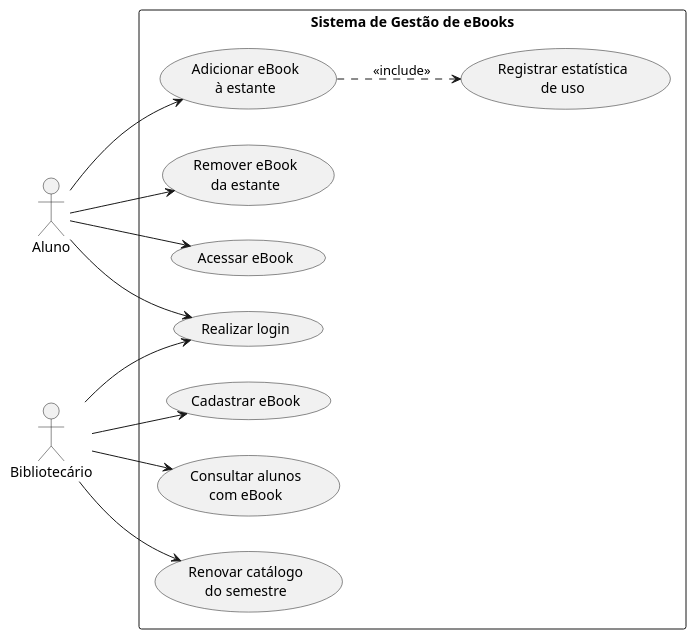
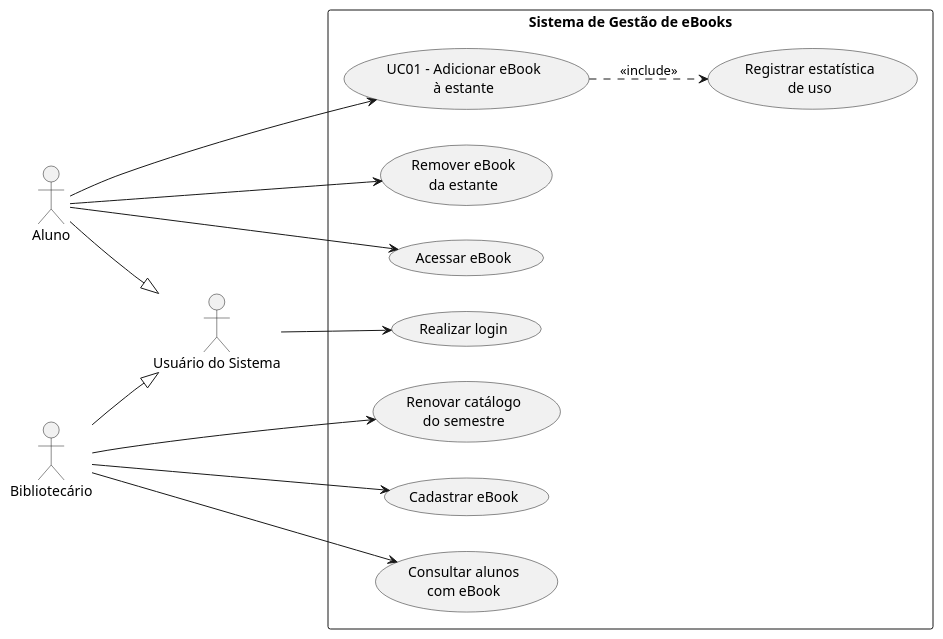
One commit to fillmello/lab01-ebooks-biblioteca changed the diagram in docs/diagramas/casos-de-uso.puml. Above: the diagram before and after it, drawn with PlantUML. The commit also changed 3 other files, not shown here.

Commit message:
docs: adiciona ator Usuario do Sistema e criterios de aceitacao

```diff
--- a/docs/diagramas/casos-de-uso.puml
+++ b/docs/diagramas/casos-de-uso.puml
@@ -1,33 +1,39 @@
 @startuml Sistema de Gestão de eBooks
 left to right direction
 
+actor "Usuário do Sistema" as usuario
 actor "Aluno" as aluno
 actor "Bibliotecário" as bib
 
+' --- Aluno e Bibliotecário são especializações de Usuário do Sistema ---
+aluno --|> usuario
+bib --|> usuario
+
 rectangle "Sistema de Gestão de eBooks" {
-  usecase "Adicionar eBook\nà estante"        as UC_adicionar
+  usecase "UC01 - Adicionar eBook\nà estante"        as UC_adicionar
   usecase "Registrar estatística\nde uso"     as UC_estatistica
   usecase "Remover eBook\nda estante"         as UC_remover
   usecase "Acessar eBook"                     as UC_acessar
   usecase "Realizar login"                    as UC_login
   usecase "Cadastrar eBook"                   as UC_cadastrar
   usecase "Consultar alunos\ncom eBook"       as UC_consultar
   usecase "Renovar catálogo\ndo semestre"     as UC_renovar
 }
 
+' --- Usuário do Sistema (vale para os dois perfis) ---
+usuario --> UC_login
+
 ' --- Aluno ---
 aluno --> UC_adicionar
 aluno --> UC_remover
 aluno --> UC_acessar
-aluno --> UC_login
 
 ' --- Bibliotecário ---
-bib --> UC_login
 bib --> UC_cadastrar
 bib --> UC_consultar
 bib --> UC_renovar
 
 ' --- Relacionamento include ---
 UC_adicionar ..> UC_estatistica : <<include>>
 
 @enduml
```
